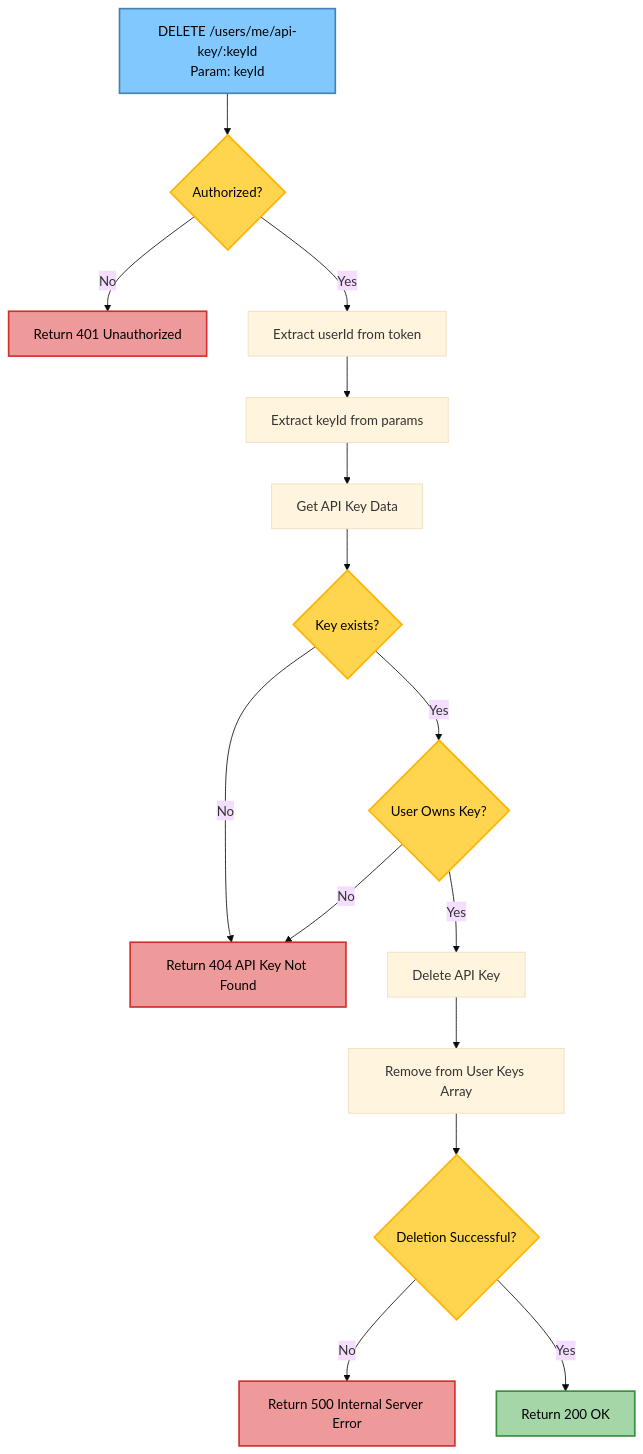
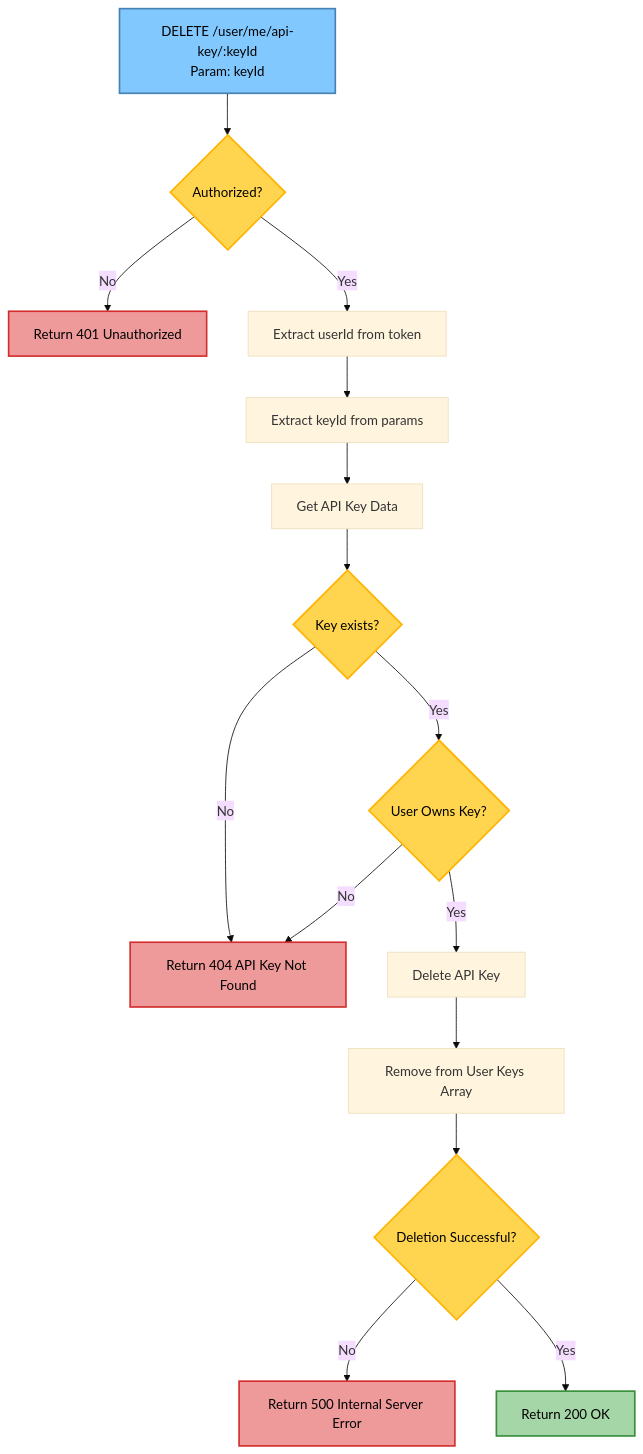
The fifth of 7 diagrams in temp.md (biplab-sutradhar/diagram), drawn with Mermaid (base theme) before and after one commit. The commit also changed other lines of this file, not shown here.

````diff
--- a/temp.md
+++ b/temp.md
@@ -320,36 +761,36 @@
  ```mermaid
 flowchart TD
-%% API Flow: DELETE /users/me/api-key/:keyId
-Start[DELETE /users/me/api-key/:keyId<br/>Param: keyId] --> Auth{Authorized?}
+%% API Flow: DELETE /user/me/api-key/:keyId
+Start[DELETE /user/me/api-key/:keyId<br/>Param: keyId] --> Auth{Authorized?}
 
 Auth -->|No| Auth401[Return 401 Unauthorized]
 Auth -->|Yes| ExtractUserId[Extract userId from token]
 
 ExtractUserId --> ExtractKeyId[Extract keyId from params]
 ExtractKeyId --> GetKey[Get API Key Data]
 
 GetKey --> KeyExists{Key exists?}
 KeyExists -->|No| Key404[Return 404 API Key Not Found]
 KeyExists -->|Yes| CheckOwnership{User Owns Key?}
 
 CheckOwnership -->|No| Key404
 CheckOwnership -->|Yes| DeleteKey[Delete API Key]
 
 DeleteKey --> UpdateUser[Remove from User Keys Array]
 UpdateUser --> DeleteSuccess{Deletion Successful?}
 
 DeleteSuccess -->|No| Server500[Return 500 Internal Server Error]
 DeleteSuccess -->|Yes| Success200[Return 200 OK]
 
 classDef startEnd fill:#81C8FF,stroke:#4682B4,stroke-width:2px,color:#000;
 classDef decision fill:#FFD54F,stroke:#FFB300,stroke-width:2px,color:#000;
 classDef success fill:#A5D6A7,stroke:#388E3C,stroke-width:2px,color:#000;
 classDef error fill:#EF9A9A,stroke:#D32F2F,stroke-width:2px,color:#000;
 classDef warning fill:#FFCC80,stroke:#F57C00,stroke-width:2px,color:#000;
 
 class Start,Success200 startEnd
 class Auth,KeyExists,CheckOwnership,DeleteSuccess decision
 class Success200 success
 class Auth401,Key404,Server500 error
 
 ```
````
